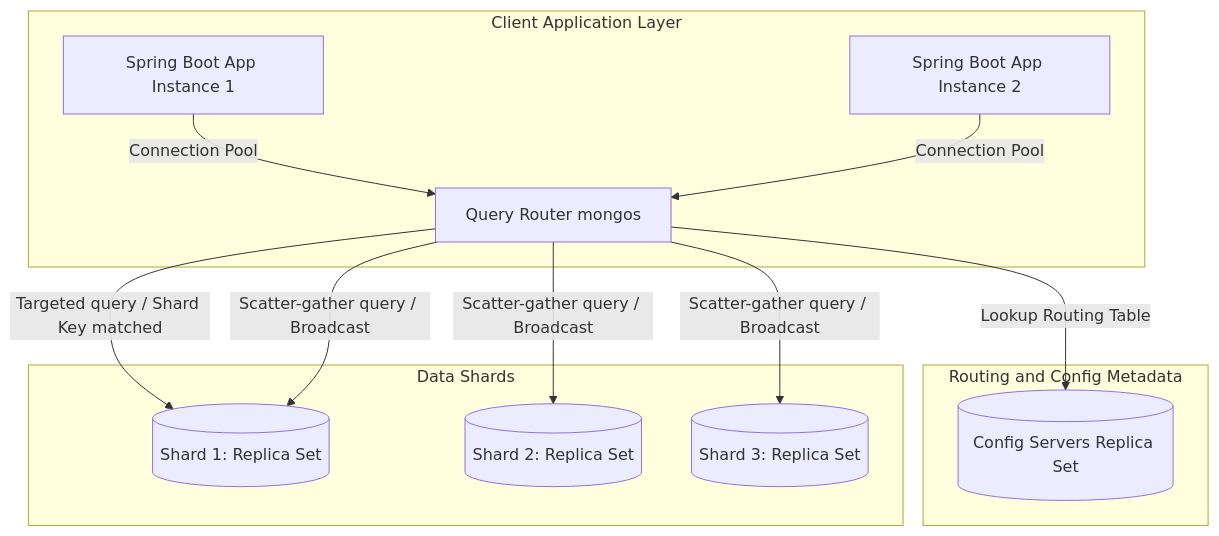
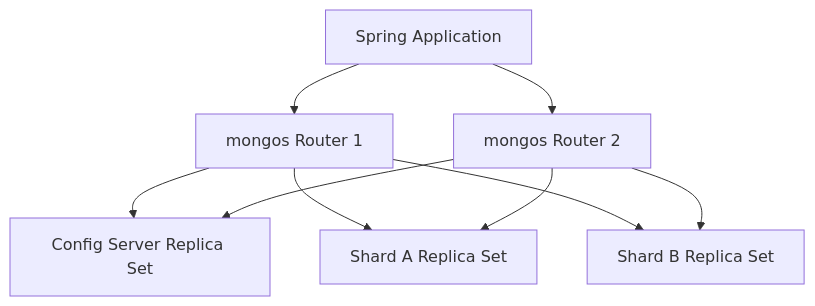
The diagram in courses/spring-mongodb-mastery/modules/11-sharding-and-scalability.md (BaoTo12/learning-repo), drawn with Mermaid before and after one commit. The commit also changed other lines of this file and 598 other files, not shown here.

````diff
--- a/courses/spring-mongodb-mastery/modules/11-sharding-and-scalability.md
+++ b/courses/spring-mongodb-mastery/modules/11-sharding-and-scalability.md
@@ -161,18 +22,11 @@
 ```mermaid
 graph TD
-    subgraph Client Application Layer
-        A[Spring Boot App Instance 1] -->|Connection Pool| D[Query Router mongos]
-        B[Spring Boot App Instance 2] -->|Connection Pool| D
-    end
-    
-    subgraph Routing and Config Metadata
-        D -->|Lookup Routing Table| E[(Config Servers Replica Set)]
-    end
-    
-    subgraph Data Shards
-        D -->|Targeted query / Shard Key matched| F[(Shard 1: Replica Set)]
-        D -->|Scatter-gather query / Broadcast| F
-        D -->|Scatter-gather query / Broadcast| G[(Shard 2: Replica Set)]
-        D -->|Scatter-gather query / Broadcast| H[(Shard 3: Replica Set)]
-    end
+    App[Spring Application] --> Router1[mongos Router 1]
+    App --> Router2[mongos Router 2]
+    Router1 --> Config[Config Server Replica Set]
+    Router2 --> Config
+    Router1 --> ShardA[Shard A Replica Set]
+    Router1 --> ShardB[Shard B Replica Set]
+    Router2 --> ShardA
+    Router2 --> ShardB
 ```
````
